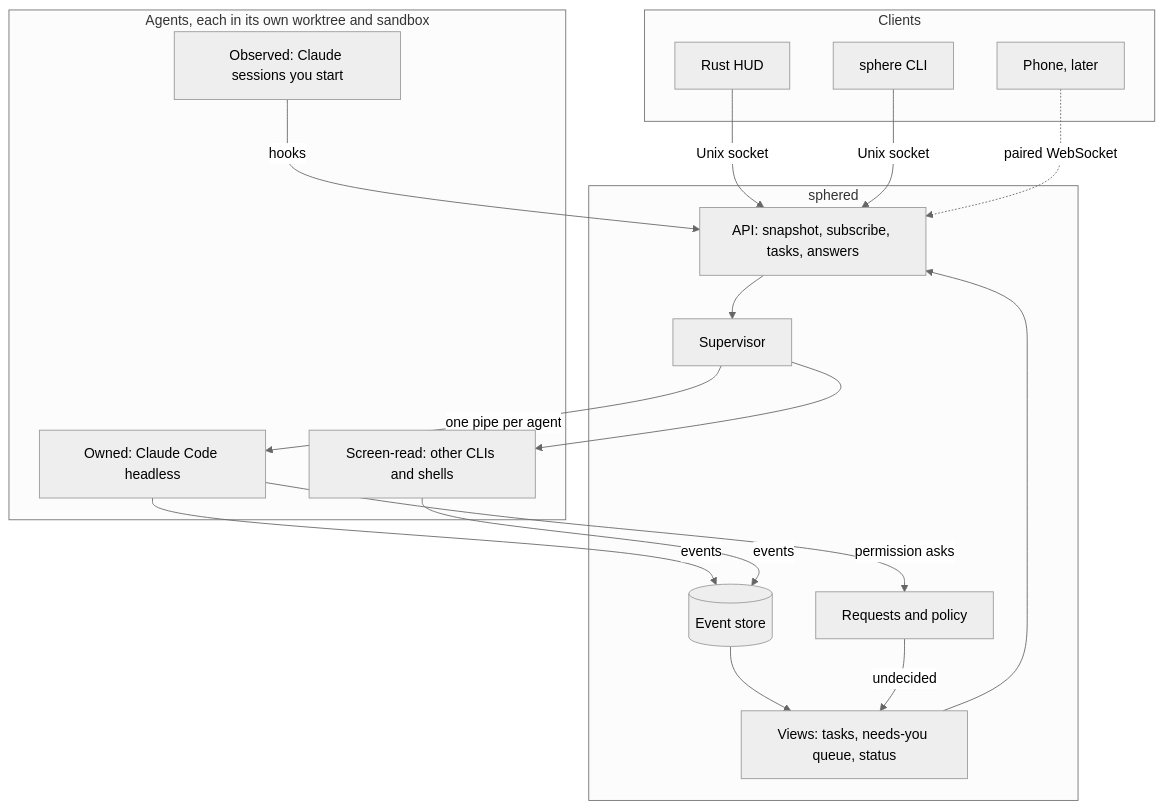
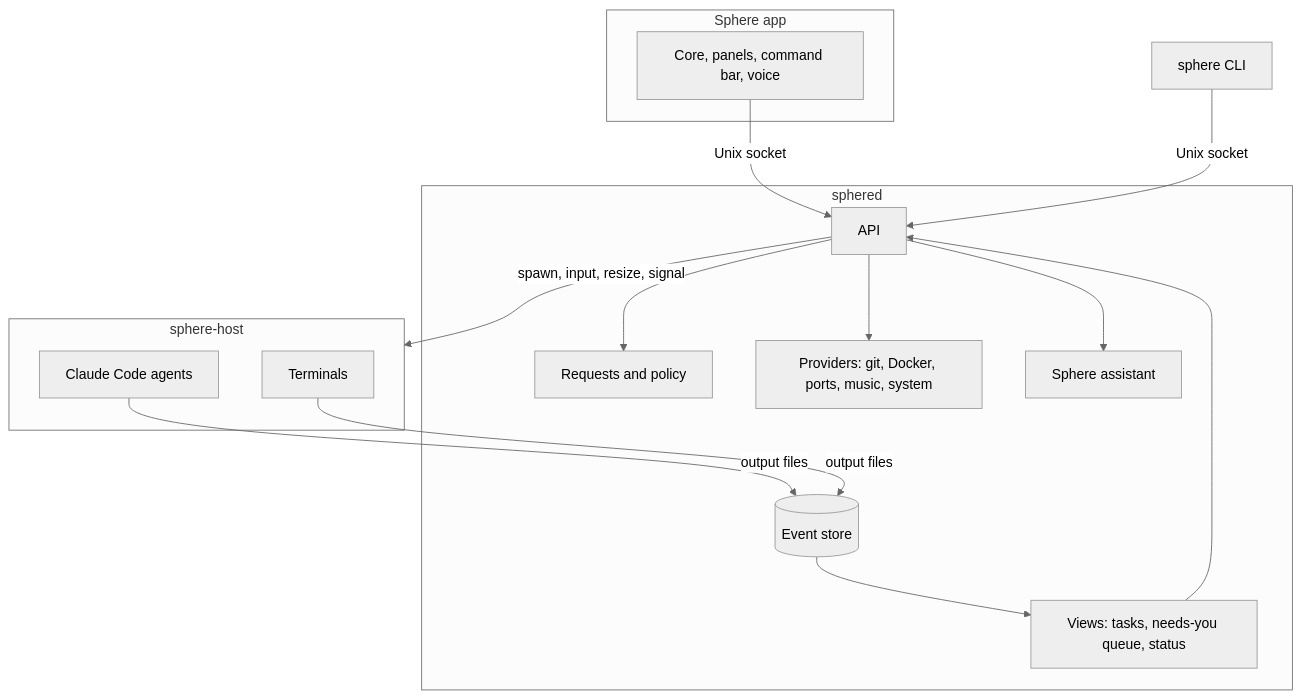
Before and after one commit to xiaojia630/sphere: the diagram in docs/sphered.md, drawn with Mermaid (neutral theme). The commit also changed other lines of this file, not shown here.

First line of the commit message:
Update the design doc to the agreed second-pass architecture

````diff
--- a/docs/sphered.md
+++ b/docs/sphered.md
@@ -17,28 +32,28 @@
 ```mermaid
 flowchart TB
-  subgraph clients[Clients]
-    HUD[Rust HUD]
-    CLI[sphere CLI]
-    PH[Phone, later]
+  subgraph app[Sphere app]
+    HUD[Core, panels, command bar, voice]
   end
-  subgraph sphered
-    API[API: snapshot, subscribe, tasks, answers]
+  CLI[sphere CLI]
+  subgraph service[sphered]
+    API[API]
     STORE[(Event store)]
     VIEWS[Views: tasks, needs-you queue, status]
     REQ[Requests and policy]
-    SUP[Supervisor]
+    PROV[Providers: git, Docker, ports, music, system]
+    ASSIST[Sphere assistant]
   end
-  subgraph agents[Agents, each in its own worktree and sandbox]
-    OWN[Owned: Claude Code headless]
-    OBS[Observed: Claude sessions you start]
-    PTY[Screen-read: other CLIs and shells]
+  subgraph host[sphere-host]
+    AG[Claude Code agents]
+    PTY[Terminals]
   end
-  HUD & CLI -- Unix socket --> API
-  PH -. paired WebSocket .-> API
-  API --> SUP
-  SUP -- one pipe per agent --> OWN
-  SUP --> PTY
-  OBS -- hooks --> API
-  OWN & PTY -- events --> STORE --> VIEWS --> API
-  OWN -- permission asks --> REQ -- undecided --> VIEWS
+  HUD -- Unix socket --> API
+  CLI -- Unix socket --> API
+  API --> REQ
+  API --> PROV
+  API --> ASSIST
+  API -- spawn, input, resize, signal --> host
+  AG -- output files --> STORE
+  PTY -- output files --> STORE
+  STORE --> VIEWS --> API
 ```
````
